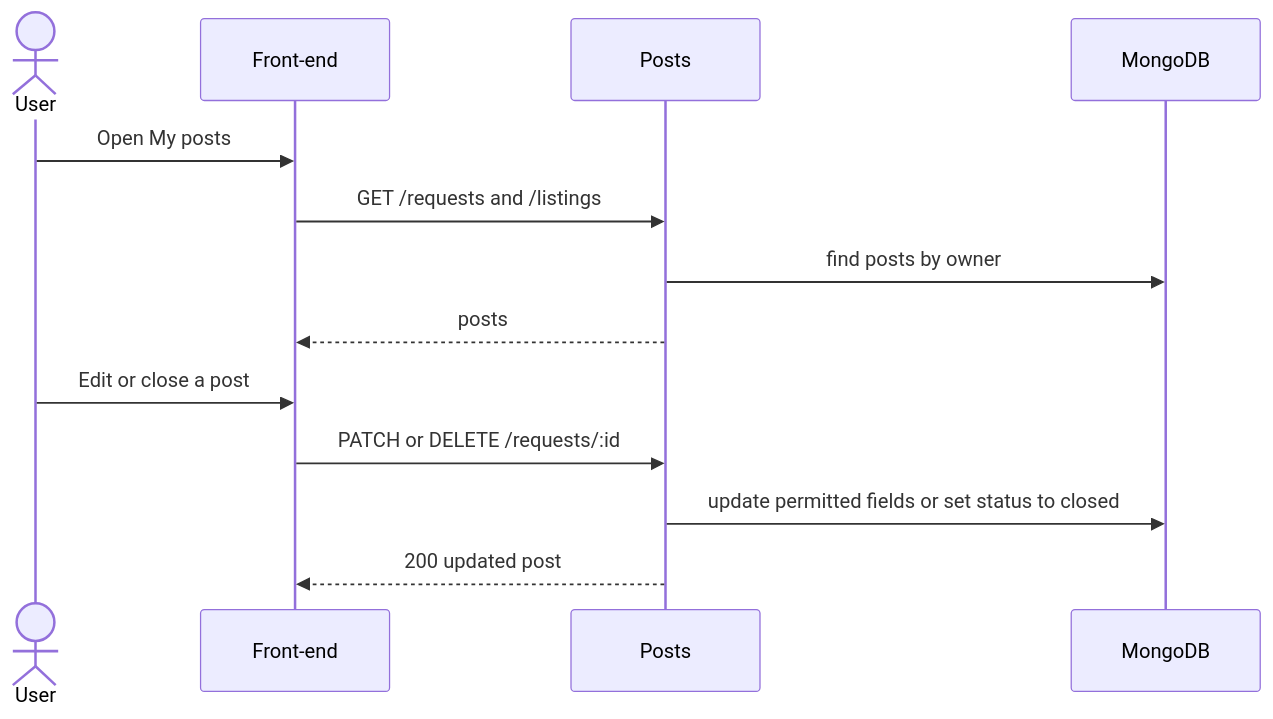
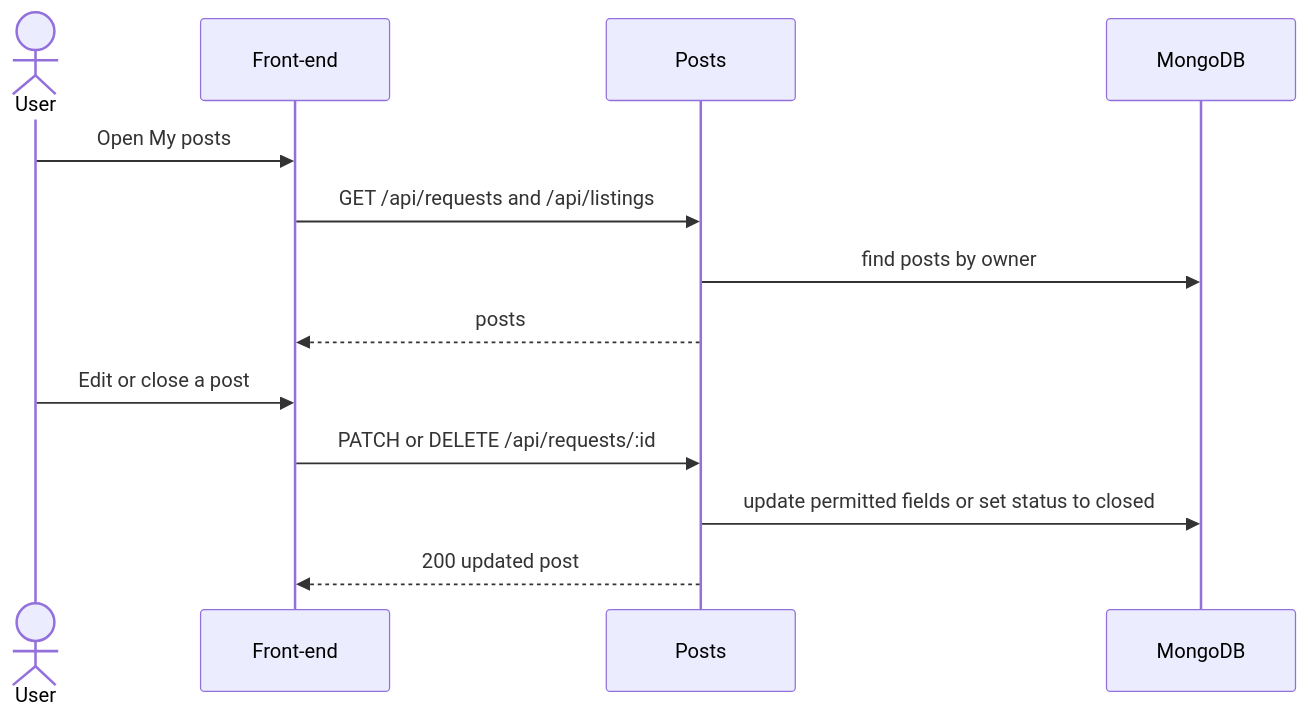
One commit to m1lun/m1skeletonProject changed the sixth of 7 diagrams in documentation/Requirements_and_Design.md. Above: the diagram before and after it, drawn with Mermaid. The commit also changed other lines of this file, not shown here.

````diff
--- a/documentation/Requirements_and_Design.md
+++ b/documentation/Requirements_and_Design.md
@@ -521,15 +530,15 @@
 ```mermaid
 sequenceDiagram
     actor U as User
     participant FE as Front-end
     participant P as Posts
     participant DB as MongoDB
     U->>FE: Open My posts
-    FE->>P: GET /requests and /listings
+    FE->>P: GET /api/requests and /api/listings
     P->>DB: find posts by owner
     P-->>FE: posts
     U->>FE: Edit or close a post
-    FE->>P: PATCH or DELETE /requests/:id
+    FE->>P: PATCH or DELETE /api/requests/:id
     P->>DB: update permitted fields or set status to closed
     P-->>FE: 200 updated post
 ```
````
